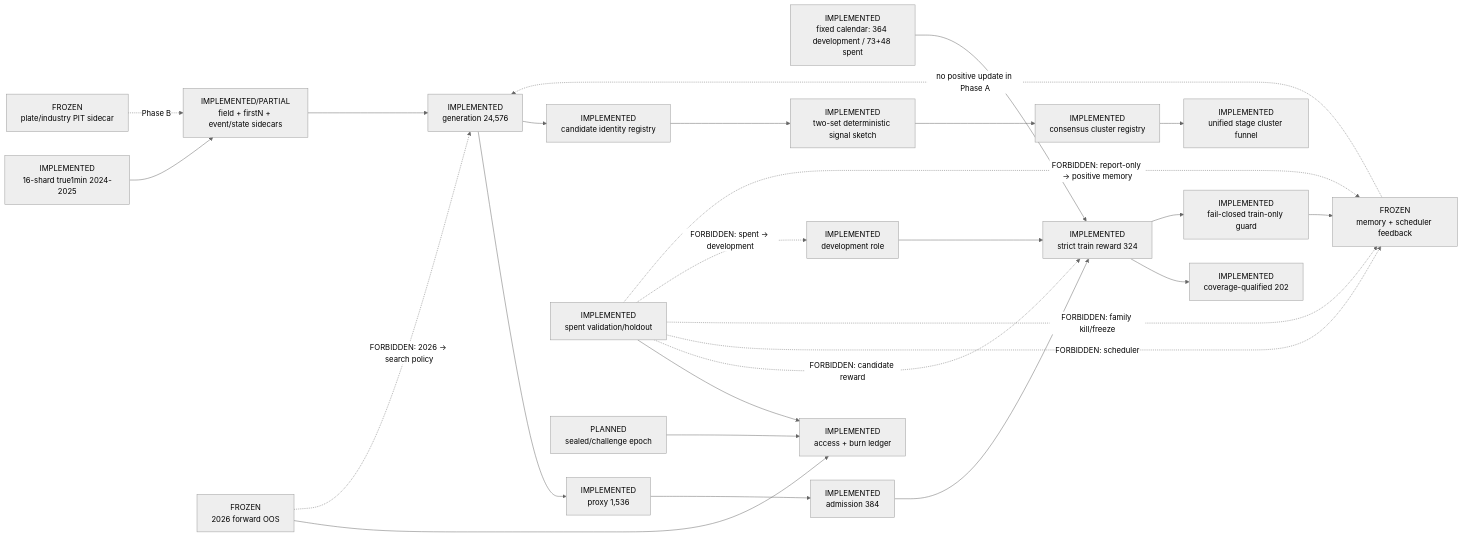
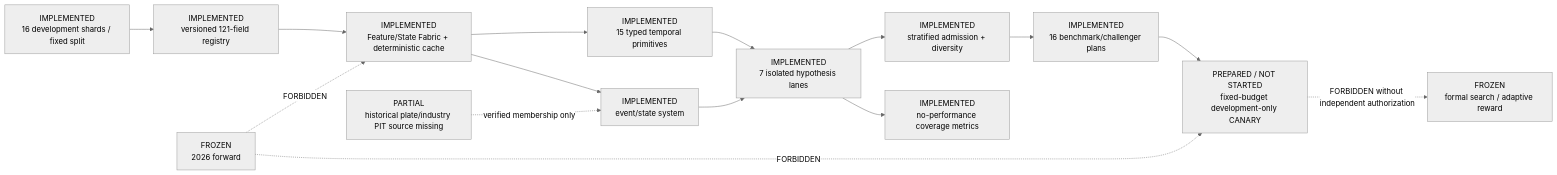
Before and after one commit to weisssschnee/alpha-pit-engine-v2: the diagram in .planning/graphs/CURRENT_ARCHITECTURE.md, drawn with Mermaid (neutral theme). The commit also changed other lines of this file and 16 other files, not shown here.

````diff
--- a/.planning/graphs/CURRENT_ARCHITECTURE.md
+++ b/.planning/graphs/CURRENT_ARCHITECTURE.md
@@ -13,32 +12,19 @@
 ```mermaid
 flowchart LR
-    RAW["IMPLEMENTED<br/>16-shard true1min 2024-2025"] --> AUG["IMPLEMENTED/PARTIAL<br/>field + firstN + event/state sidecars"]
-    PLATE["FROZEN<br/>plate/industry PIT sidecar"] -. "Phase B" .-> AUG
-    SPLIT["IMPLEMENTED<br/>fixed calendar: 364 development / 73+48 spent"] --> STRICT
-    AUG --> GEN["IMPLEMENTED<br/>generation 24,576"]
-    GEN --> PROXY["IMPLEMENTED<br/>proxy 1,536"]
-    PROXY --> ADM["IMPLEMENTED<br/>admission 384"]
-    ADM --> STRICT["IMPLEMENTED<br/>strict train reward 324"]
-    STRICT --> QUAL["IMPLEMENTED<br/>coverage-qualified 202"]
+    DATA["IMPLEMENTED<br/>16 development shards / fixed split"] --> REG["IMPLEMENTED<br/>versioned 121-field registry"]
+    REG --> FABRIC["IMPLEMENTED<br/>Feature/State Fabric + deterministic cache"]
+    FABRIC --> TEMP["IMPLEMENTED<br/>15 typed temporal primitives"]
+    FABRIC --> EVENT["IMPLEMENTED<br/>event/state system"]
+    PIT["PARTIAL<br/>historical plate/industry PIT source missing"] -. "verified membership only" .-> EVENT
 
-    GEN --> CID["IMPLEMENTED<br/>candidate identity registry"]
-    CID --> SKETCH["IMPLEMENTED<br/>two-set deterministic signal sketch"]
-    SKETCH --> CLUSTER["IMPLEMENTED<br/>consensus cluster registry"]
-    CLUSTER --> FUNNEL["IMPLEMENTED<br/>unified stage cluster funnel"]
+    TEMP --> LANES["IMPLEMENTED<br/>7 isolated hypothesis lanes"]
+    EVENT --> LANES
+    LANES --> ADMIT["IMPLEMENTED<br/>stratified admission + diversity"]
+    LANES --> COVER["IMPLEMENTED<br/>no-performance coverage metrics"]
+    ADMIT --> BENCH["IMPLEMENTED<br/>16 benchmark/challenger plans"]
+    BENCH --> CANARY["PREPARED / NOT STARTED<br/>fixed-budget development-only CANARY"]
 
-    DEV["IMPLEMENTED<br/>development role"] --> STRICT
-    SPENT["IMPLEMENTED<br/>spent validation/holdout"] --> LEDGER["IMPLEMENTED<br/>access + burn ledger"]
-    SEALED["PLANNED<br/>sealed/challenge epoch"] --> LEDGER
-    FWD["FROZEN<br/>2026 forward OOS"] --> LEDGER
-
-    STRICT --> GUARD["IMPLEMENTED<br/>fail-closed train-only guard"]
-    GUARD --> MEM["FROZEN<br/>memory + scheduler feedback"]
-    MEM -. "no positive update in Phase A" .-> GEN
-
-    SPENT -. "FORBIDDEN: candidate reward" .-> STRICT
-    SPENT -. "FORBIDDEN: scheduler" .-> MEM
-    SPENT -. "FORBIDDEN: family kill/freeze" .-> MEM
-    SPENT -. "FORBIDDEN: spent → development" .-> DEV
-    SPENT -. "FORBIDDEN: report-only → positive memory" .-> MEM
-    FWD -. "FORBIDDEN: 2026 → search policy" .-> GEN
+    CANARY -. "FORBIDDEN without independent authorization" .-> SEARCH["FROZEN<br/>formal search / adaptive reward"]
+    FWD["FROZEN<br/>2026 forward"] -. "FORBIDDEN" .-> FABRIC
+    FWD -. "FORBIDDEN" .-> CANARY
 ```
````
